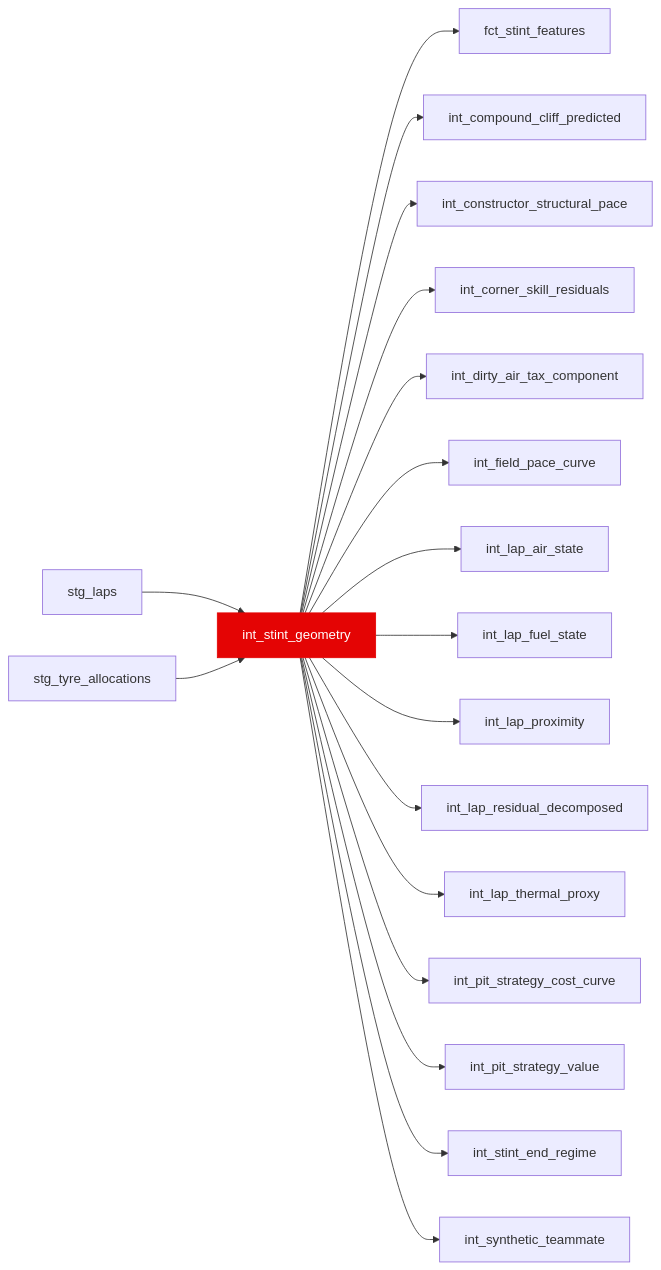
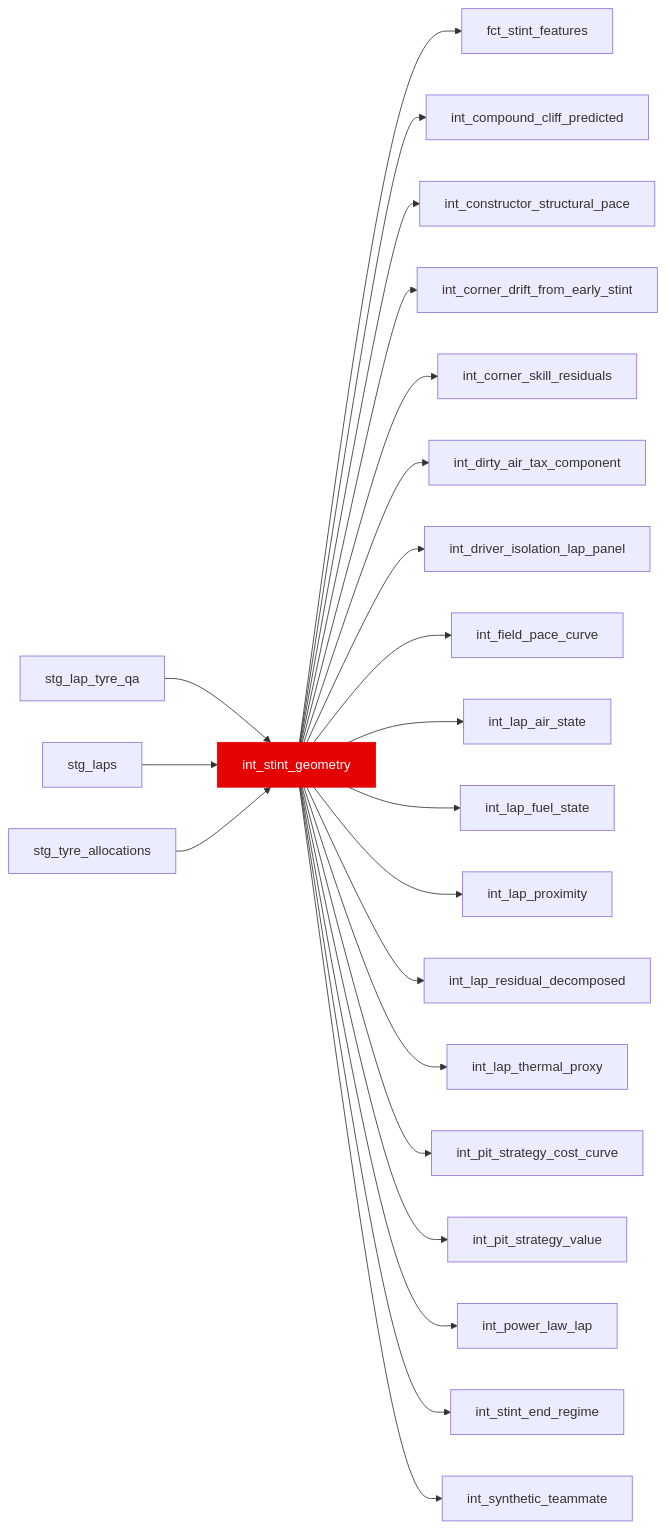
The diagram in docs/reference/models/int/int_stint_geometry.mdx (JustinClarke/off-the-pace), drawn with Mermaid before and after one commit. The commit also changed other lines of this file and 79 other files, not shown here.

````diff
--- a/docs/reference/models/int/int_stint_geometry.mdx
+++ b/docs/reference/models/int/int_stint_geometry.mdx
@@ -15,21 +15,25 @@
 ```mermaid
 flowchart LR
+  stg_lap_tyre_qa --> int_stint_geometry
   stg_laps --> int_stint_geometry
   stg_tyre_allocations --> int_stint_geometry
   int_stint_geometry --> fct_stint_features
   int_stint_geometry --> int_compound_cliff_predicted
   int_stint_geometry --> int_constructor_structural_pace
+  int_stint_geometry --> int_corner_drift_from_early_stint
   int_stint_geometry --> int_corner_skill_residuals
   int_stint_geometry --> int_dirty_air_tax_component
+  int_stint_geometry --> int_driver_isolation_lap_panel
   int_stint_geometry --> int_field_pace_curve
   int_stint_geometry --> int_lap_air_state
   int_stint_geometry --> int_lap_fuel_state
   int_stint_geometry --> int_lap_proximity
   int_stint_geometry --> int_lap_residual_decomposed
   int_stint_geometry --> int_lap_thermal_proxy
   int_stint_geometry --> int_pit_strategy_cost_curve
   int_stint_geometry --> int_pit_strategy_value
+  int_stint_geometry --> int_power_law_lap
   int_stint_geometry --> int_stint_end_regime
   int_stint_geometry --> int_synthetic_teammate
   style int_stint_geometry fill:#e40404,stroke:#e40404,color:#fff
 ```
````
